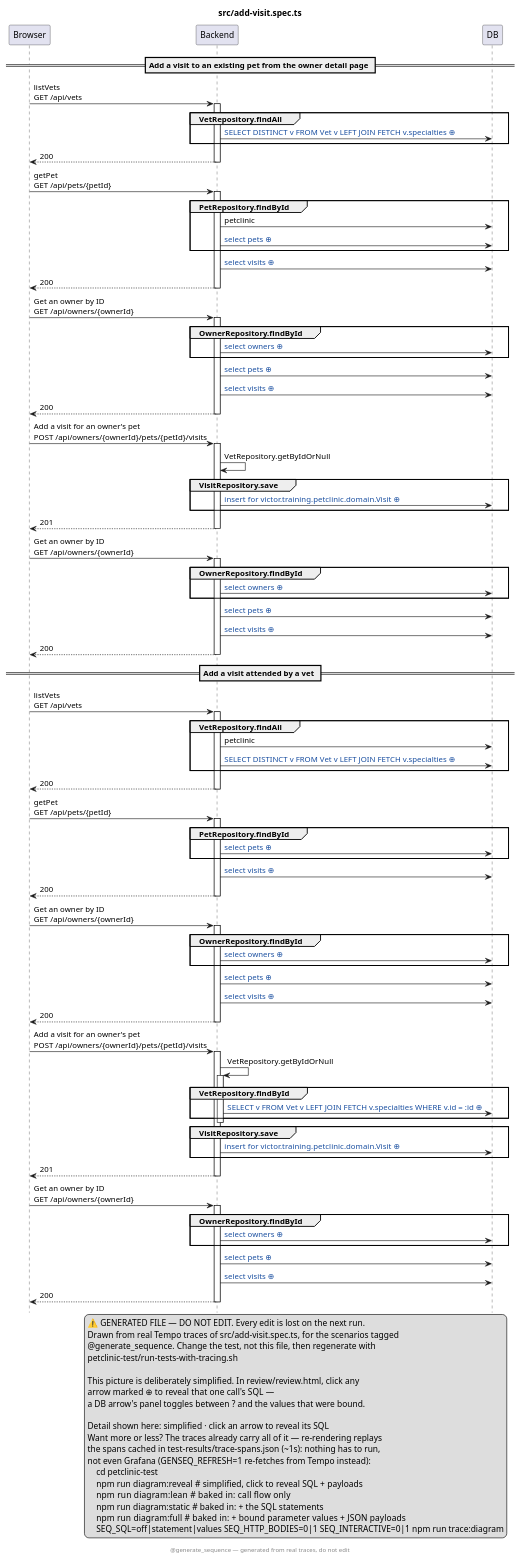
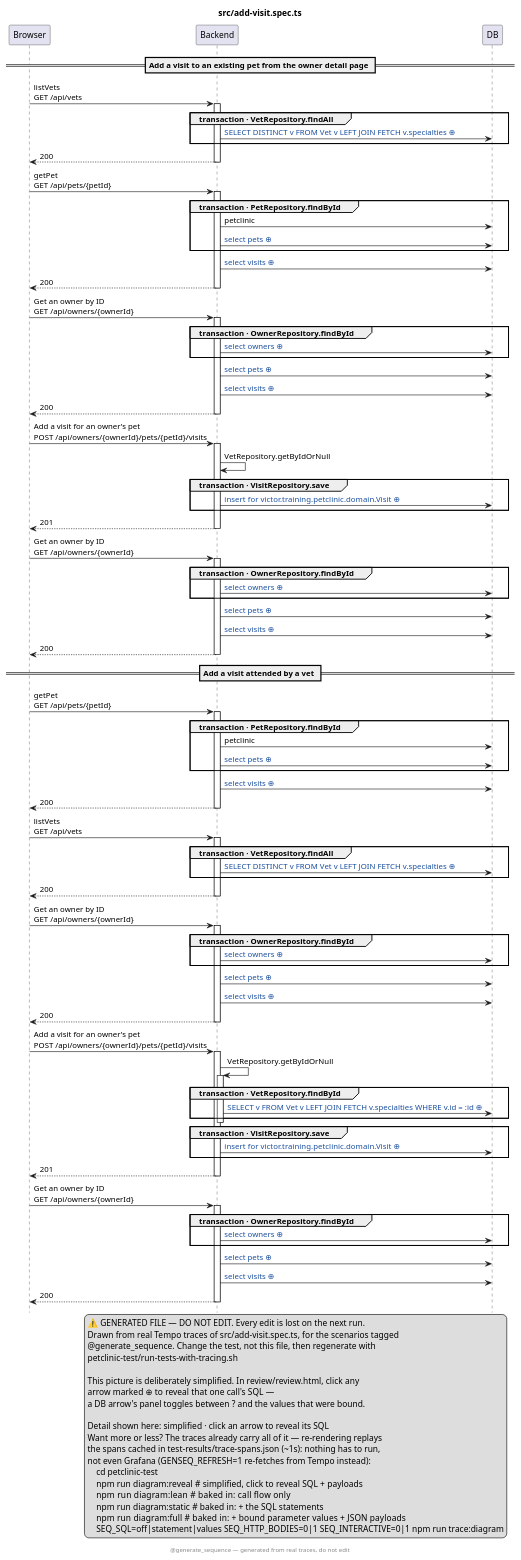
Before and after one commit to victorrentea/petclinic: the diagram in petclinic-test/src/add-visit.spec.ts.genseq.puml, drawn with PlantUML. The commit also changed 5 other files, not shown here.

```diff
--- a/petclinic-test/src/add-visit.spec.ts.genseq.puml
+++ b/petclinic-test/src/add-visit.spec.ts.genseq.puml
@@ -1,123 +1,123 @@
 @startuml
 ' ⚠️  GENERATED FILE — DO NOT EDIT. Every edit is lost on the next run.
 hide footbox
 skinparam hyperlinkUnderline false
 skinparam hyperlinkColor #1A4FA0
 title src/add-visit.spec.ts
 legend right
   ⚠️  GENERATED FILE — DO NOT EDIT. Every edit is lost on the next run.
   Drawn from real Tempo traces of src/add-visit.spec.ts, for the scenarios tagged
   @generate_sequence. Change the test, not this file, then regenerate with
   petclinic-test/run-tests-with-tracing.sh
  
   This picture is deliberately simplified. In review/review.html, click any
   arrow marked ⊕ to reveal that one call's SQL —
   a DB arrow's panel toggles between ? and the values that were bound.
  
   Detail shown here: simplified · click an arrow to reveal its SQL
   Want more or less? The traces already carry all of it — re-rendering replays
   the spans cached in test-results/trace-spans.json (~1s): nothing has to run,
   not even Grafana (GENSEQ_REFRESH=1 re-fetches from Tempo instead):
       cd petclinic-test
       npm run diagram:reveal  # simplified, click to reveal SQL + payloads
       npm run diagram:lean    # baked in: call flow only
       npm run diagram:static  # baked in: + the SQL statements
       npm run diagram:full    # baked in: + bound parameter values + JSON payloads
       SEQ_SQL=off|statement|values SEQ_HTTP_BODIES=0|1 SEQ_INTERACTIVE=0|1 npm run trace:diagram
 end legend
 footer @generate_sequence — generated from real traces, do not edit
 participant Browser
 participant Backend
 participant DB
 == Add a visit to an existing pet from the owner detail page ==
 Browser -> Backend: listVets\nGET /api/vets
 activate Backend
-group VetRepository.findAll
+group transaction · VetRepository.findAll
 Backend -> DB: [[genseq://0p6yxbc{Click for the statement behind this call} SELECT DISTINCT v FROM Vet v LEFT JOIN FETCH v.specialties ⊕]]
 end
 Backend --> Browser: 200
 deactivate Backend
 Browser -> Backend: getPet\nGET /api/pets/{petId}
 activate Backend
-group PetRepository.findById
+group transaction · PetRepository.findById
 Backend -> DB: petclinic
 Backend -> DB: [[genseq://0jw0huv{Click for the statement behind this call} select pets ⊕]]
 end
 Backend -> DB: [[genseq://1bcshtp{Click for the statement behind this call} select visits ⊕]]
 Backend --> Browser: 200
 deactivate Backend
 Browser -> Backend: Get an owner by ID\nGET /api/owners/{ownerId}
 activate Backend
-group OwnerRepository.findById
+group transaction · OwnerRepository.findById
 Backend -> DB: [[genseq://0totfe9{Click for the statement behind this call} select owners ⊕]]
 end
 Backend -> DB: [[genseq://1hjadar{Click for the statement behind this call} select pets ⊕]]
 Backend -> DB: [[genseq://1bcshtp{Click for the statement behind this call} select visits ⊕]]
 Backend --> Browser: 200
 deactivate Backend
 Browser -> Backend: Add a visit for an owner's pet\nPOST /api/owners/{ownerId}/pets/{petId}/visits
 activate Backend
 Backend -> Backend: VetRepository.getByIdOrNull
-group VisitRepository.save
-Backend -> DB: [[genseq://1nttcaj{Click for the statement behind this call} insert for victor.training.petclinic.domain.Visit ⊕]]
+group transaction · VisitRepository.save
+Backend -> DB: [[genseq://1oudb53{Click for the statement behind this call} insert for victor.training.petclinic.domain.Visit ⊕]]
 end
 Backend --> Browser: 201
 deactivate Backend
 Browser -> Backend: Get an owner by ID\nGET /api/owners/{ownerId}
 activate Backend
-group OwnerRepository.findById
+group transaction · OwnerRepository.findById
 Backend -> DB: [[genseq://0totfe9{Click for the statement behind this call} select owners ⊕]]
 end
 Backend -> DB: [[genseq://1hjadar{Click for the statement behind this call} select pets ⊕]]
 Backend -> DB: [[genseq://1bcshtp{Click for the statement behind this call} select visits ⊕]]
 Backend --> Browser: 200
 deactivate Backend
 == Add a visit attended by a vet ==
-Browser -> Backend: listVets\nGET /api/vets
-activate Backend
-group VetRepository.findAll
-Backend -> DB: petclinic
-Backend -> DB: [[genseq://0p6yxbc{Click for the statement behind this call} SELECT DISTINCT v FROM Vet v LEFT JOIN FETCH v.specialties ⊕]]
-end
-Backend --> Browser: 200
-deactivate Backend
 Browser -> Backend: getPet\nGET /api/pets/{petId}
 activate Backend
-group PetRepository.findById
+group transaction · PetRepository.findById
+Backend -> DB: petclinic
 Backend -> DB: [[genseq://0jw0huv{Click for the statement behind this call} select pets ⊕]]
 end
 Backend -> DB: [[genseq://1bcshtp{Click for the statement behind this call} select visits ⊕]]
 Backend --> Browser: 200
 deactivate Backend
+Browser -> Backend: listVets\nGET /api/vets
+activate Backend
+group transaction · VetRepository.findAll
+Backend -> DB: [[genseq://0p6yxbc{Click for the statement behind this call} SELECT DISTINCT v FROM Vet v LEFT JOIN FETCH v.specialties ⊕]]
+end
+Backend --> Browser: 200
+deactivate Backend
 Browser -> Backend: Get an owner by ID\nGET /api/owners/{ownerId}
 activate Backend
-group OwnerRepository.findById
+group transaction · OwnerRepository.findById
 Backend -> DB: [[genseq://0totfe9{Click for the statement behind this call} select owners ⊕]]
 end
 Backend -> DB: [[genseq://1hjadar{Click for the statement behind this call} select pets ⊕]]
 Backend -> DB: [[genseq://1bcshtp{Click for the statement behind this call} select visits ⊕]]
 Backend --> Browser: 200
 deactivate Backend
 Browser -> Backend: Add a visit for an owner's pet\nPOST /api/owners/{ownerId}/pets/{petId}/visits
 activate Backend
 Backend -> Backend: VetRepository.getByIdOrNull
 activate Backend
-group VetRepository.findById
+group transaction · VetRepository.findById
 Backend -> DB: [[genseq://0zykq1t{Click for the statement behind this call} SELECT v FROM Vet v LEFT JOIN FETCH v.specialties WHERE v.id = :id ⊕]]
 end
 deactivate Backend
-group VisitRepository.save
-Backend -> DB: [[genseq://02y70hx{Click for the statement behind this call} insert for victor.training.petclinic.domain.Visit ⊕]]
+group transaction · VisitRepository.save
+Backend -> DB: [[genseq://0gm87qs{Click for the statement behind this call} insert for victor.training.petclinic.domain.Visit ⊕]]
 end
 Backend --> Browser: 201
 deactivate Backend
 Browser -> Backend: Get an owner by ID\nGET /api/owners/{ownerId}
 activate Backend
-group OwnerRepository.findById
+group transaction · OwnerRepository.findById
 Backend -> DB: [[genseq://0totfe9{Click for the statement behind this call} select owners ⊕]]
 end
 Backend -> DB: [[genseq://1hjadar{Click for the statement behind this call} select pets ⊕]]
 Backend -> DB: [[genseq://1bcshtp{Click for the statement behind this call} select visits ⊕]]
 Backend --> Browser: 200
 deactivate Backend
 @enduml
```
